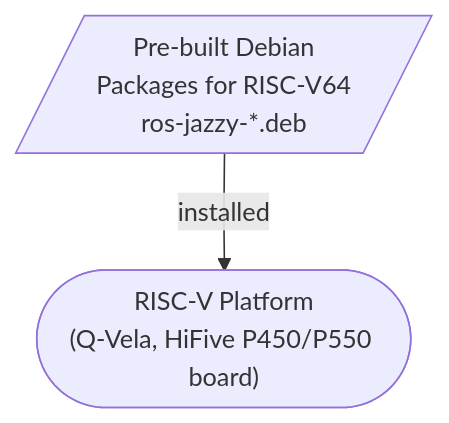
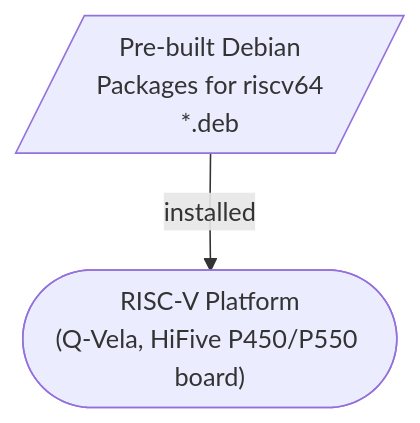
Before and after one commit to junho-falinux/vela-ros: the diagram in README.md, drawn with Mermaid. The commit also changed other lines of this file, not shown here.

````diff
--- a/README.md
+++ b/README.md
@@ -11,9 +11,9 @@
 ```mermaid
 flowchart TB
-    DEBS[/"Pre-built Debian<br/> Packages for RISC-V64<br/>ros-jazzy-*.deb"/]
+    DEBS[/"Pre-built Debian<br/> Packages for riscv64<br/> *.deb"/]
 
     ENV(["RISC-V Platform<br/>(Q-Vela, HiFive P450/P550 board)"])
     click ENV href "https://github.com/riscv-vela/vela" "Vela repository"
 
     DEBS -->|"installed"| ENV
 ```
````
